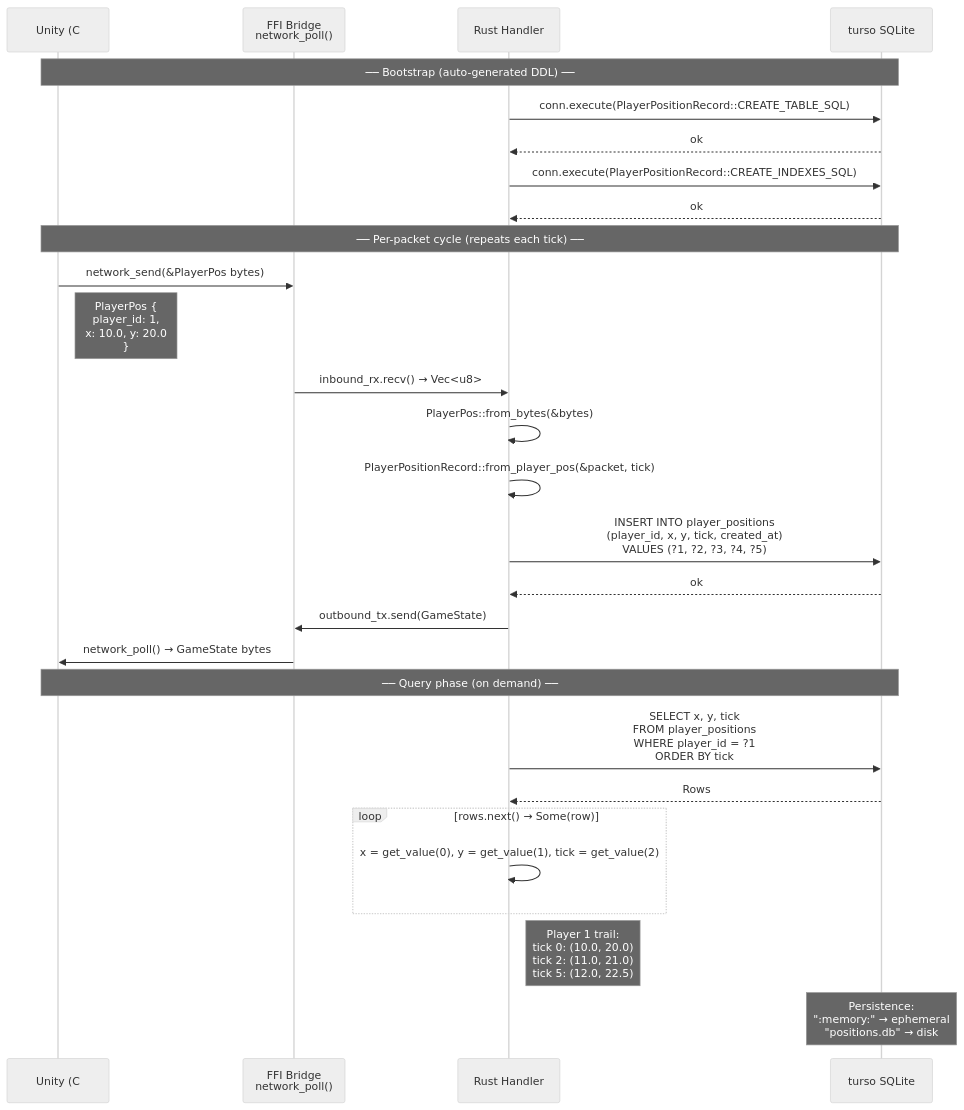
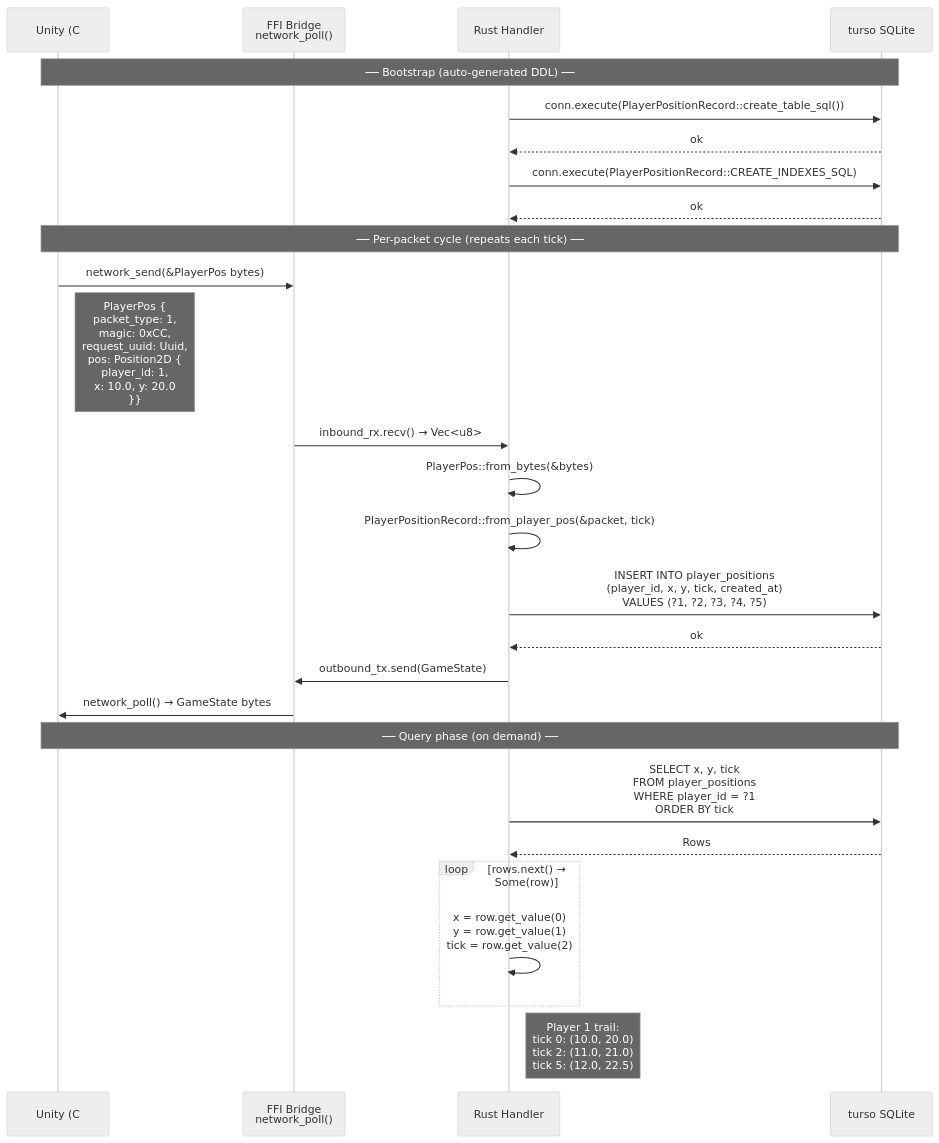
One commit to gist-rs/unity-ffi changed the second of 2 diagrams in crates/unity-network/README.md. Above: the diagram before and after it, drawn with Mermaid (neutral theme). The commit also changed other lines of this file, not shown here.

First line of the commit message:
docs: update unity-network README to reflect Position2D composition

````diff
--- a/crates/unity-network/README.md
+++ b/crates/unity-network/README.md
@@ -101,41 +96,39 @@
 ```mermaid
 sequenceDiagram
     participant U as Unity (C#)
     participant FFI as FFI Bridge<br/>network_poll()
     participant R as Rust Handler
     participant T as turso SQLite
 
     Note over U,T: ── Bootstrap (auto-generated DDL) ──
 
-    R->>T: conn.execute(PlayerPositionRecord::CREATE_TABLE_SQL)
+    R->>T: conn.execute(PlayerPositionRecord::create_table_sql())
     T-->>R: ok
     R->>T: conn.execute(PlayerPositionRecord::CREATE_INDEXES_SQL)
     T-->>R: ok
 
     Note over U,T: ── Per-packet cycle (repeats each tick) ──
 
     U->>FFI: network_send(&PlayerPos bytes)
-    Note right of U: PlayerPos {<br/>player_id: 1,<br/>x: 10.0, y: 20.0<br/>}
+    Note right of U: PlayerPos {<br/>packet_type: 1,<br/>magic: 0xCC,<br/>request_uuid: Uuid,<br/>pos: Position2D {<br/>  player_id: 1,<br/>  x: 10.0, y: 20.0<br/>}}
 
     FFI->>R: inbound_rx.recv() → Vec<u8>
     R->>R: PlayerPos::from_bytes(&bytes)
     R->>R: PlayerPositionRecord::from_player_pos(&packet, tick)
 
     R->>T: INSERT INTO player_positions<br/>(player_id, x, y, tick, created_at)<br/>VALUES (?1, ?2, ?3, ?4, ?5)
     T-->>R: ok
 
     R->>FFI: outbound_tx.send(GameState)
     FFI->>U: network_poll() → GameState bytes
 
     Note over U,T: ── Query phase (on demand) ──
 
     R->>T: SELECT x, y, tick<br/>FROM player_positions<br/>WHERE player_id = ?1<br/>ORDER BY tick
     T-->>R: Rows
 
     loop rows.next() → Some(row)
-        R->>R: x = get_value(0), y = get_value(1), tick = get_value(2)
+        R->>R: x = row.get_value(0)<br/>y = row.get_value(1)<br/>tick = row.get_value(2)
     end
     Note right of R: Player 1 trail:<br/>tick 0: (10.0, 20.0)<br/>tick 2: (11.0, 21.0)<br/>tick 5: (12.0, 22.5)
-
-    Note over T: Persistence:<br/>":memory:" → ephemeral<br/>"positions.db" → disk
 ```
````
